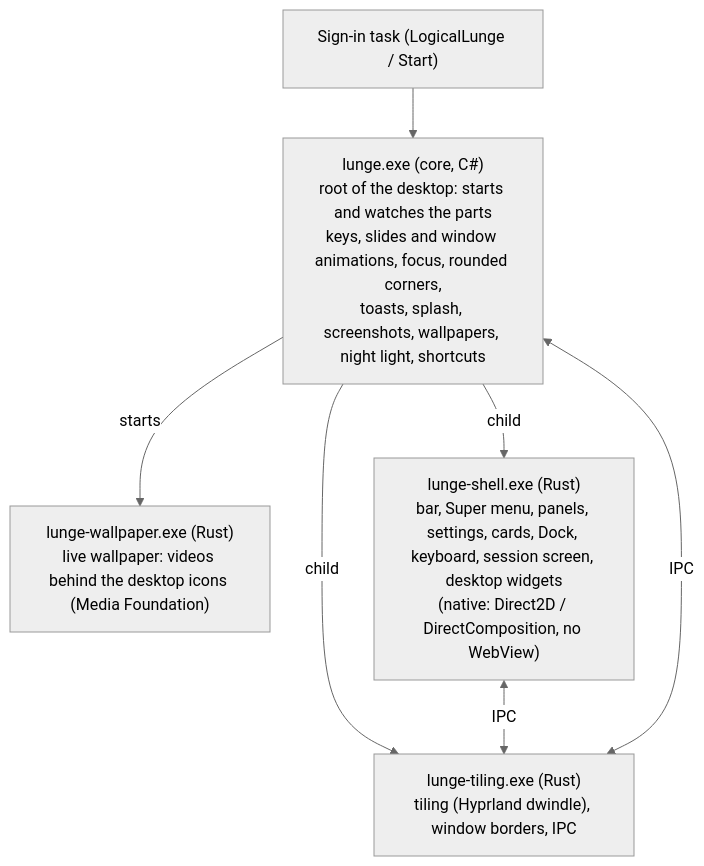
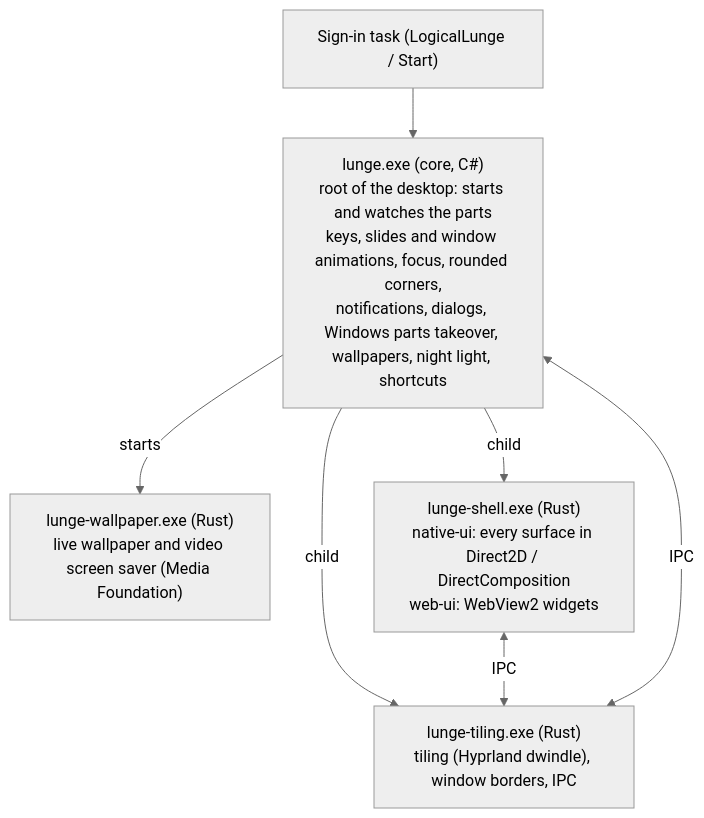
One commit to KaanAlper/logical-lunge changed the diagram in README.md. Above: the diagram before and after it, drawn with Mermaid (neutral theme). The commit also changed other lines of this file and 1 other file, not shown here.

````diff
--- a/README.md
+++ b/README.md
@@ -141,10 +174,10 @@
 ```mermaid
 flowchart TD
   task["Sign-in task (LogicalLunge / Start)"] --> core
-  core["lunge.exe (core, C#)<br/>root of the desktop: starts and watches the parts<br/>keys, slides and window animations, focus, rounded corners,<br/>toasts, splash, screenshots, wallpapers, night light, shortcuts"]
+  core["lunge.exe (core, C#)<br/>root of the desktop: starts and watches the parts<br/>keys, slides and window animations, focus, rounded corners,<br/>notifications, dialogs, Windows parts takeover, wallpapers, night light, shortcuts"]
   core -- child --> tiling["lunge-tiling.exe (Rust)<br/>tiling (Hyprland dwindle), window borders, IPC"]
-  core -- starts --> live["lunge-wallpaper.exe (Rust)<br/>live wallpaper: videos behind the desktop icons (Media Foundation)"]
-  core -- child --> shell["lunge-shell.exe (Rust)<br/>bar, Super menu, panels, settings, cards, Dock, keyboard, session screen, desktop widgets<br/>(native: Direct2D / DirectComposition, no WebView)"]
+  core -- starts --> live["lunge-wallpaper.exe (Rust)<br/>live wallpaper and video screen saver (Media Foundation)"]
+  core -- child --> shell["lunge-shell.exe (Rust)<br/>native-ui: every surface in Direct2D / DirectComposition<br/>web-ui: WebView2 widgets"]
   shell <-- IPC --> tiling
   core <-- IPC --> tiling
 ```
````
